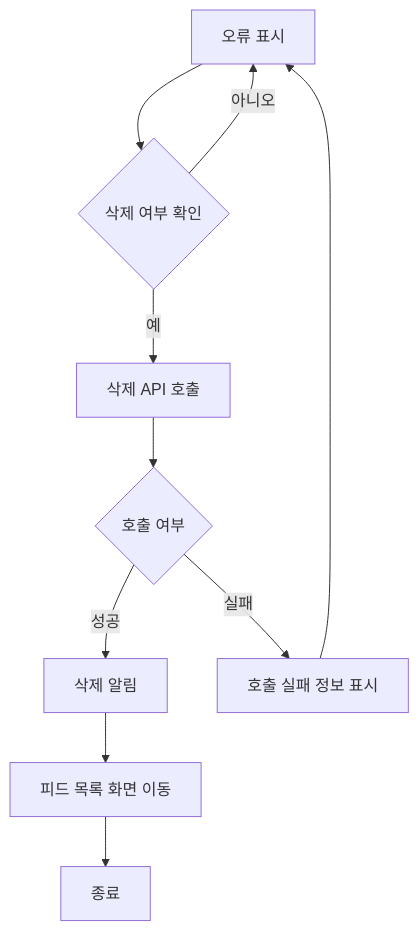
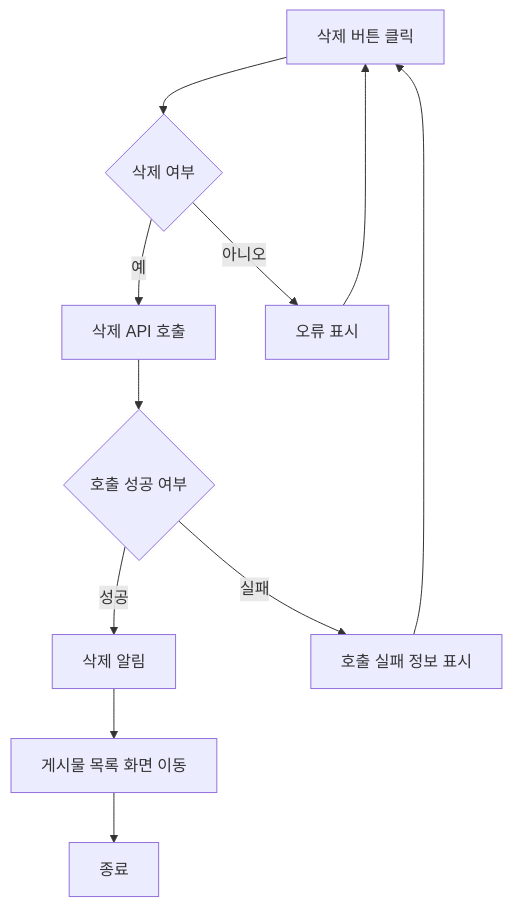
Diagram 29 of 40 in design/기능정의서.md (Dev-FE-2/3_swim_diary), drawn with Mermaid before and after one commit. The commit also changed other lines of this file and 1 other file, not shown here.

````diff
--- a/design/기능정의서.md
+++ b/design/기능정의서.md
@@ -172,12 +661,13 @@
     ```mermaid
     flowchart TD
-        A[확인 버튼 클릭] --> B{삭제 여부 확인}
+        A[삭제 버튼 클릭] --> B{삭제 여부}
         B -- 예 --> C[삭제 API 호출]
-        B -- 아니오 --> A[오류 표시]
-        C --> D{호출 여부}
-        D -- 성공 --> E[삭제 알림]
-        D -- 실패 --> F[호출 실패 정보 표시]
-        F -->A
-        E --> G[피드 목록 화면 이동]
-        G --> Z[종료]
+        B -- 아니오 --> D[오류 표시]
+        C --> E{호출 성공 여부}
+        D --> A
+        E -- 성공 --> F[삭제 알림]
+        E -- 실패 --> G[호출 실패 정보 표시]
+        G -->A
+        F --> H[게시물 목록 화면 이동]
+        H --> Z[종료]
     ```
````
